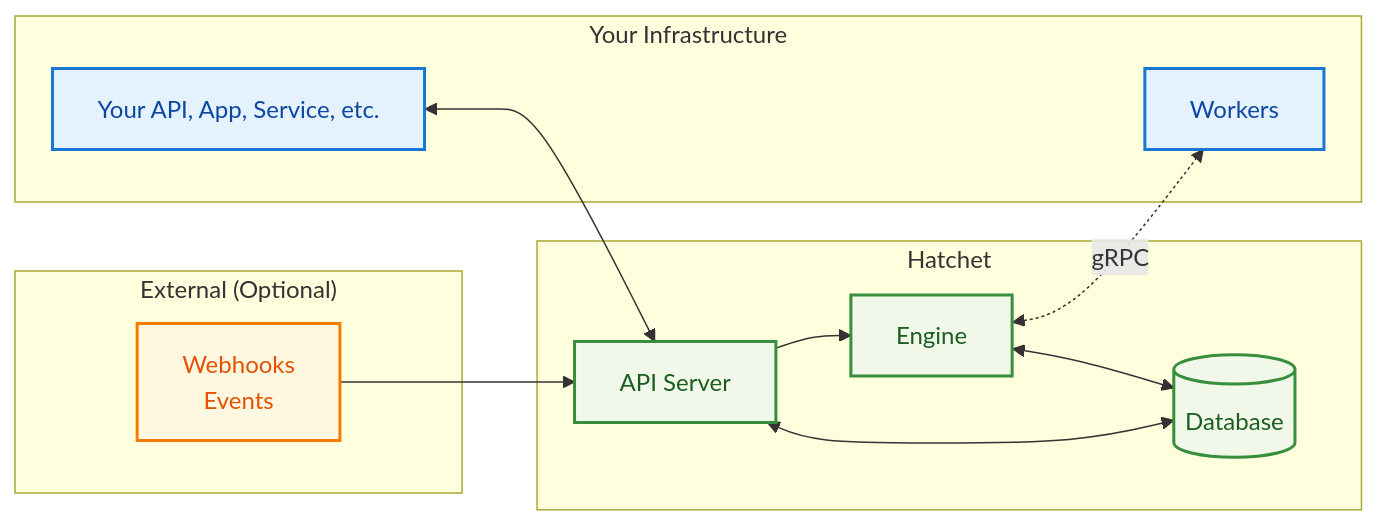
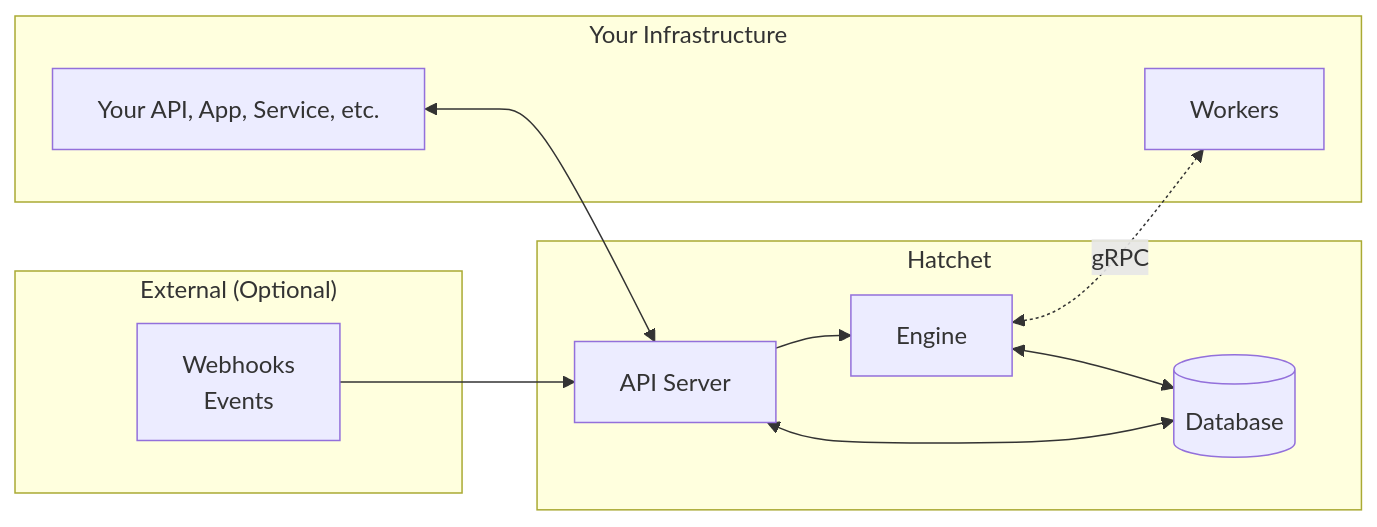
One commit to hatchet-dev/hatchet changed the diagram in frontend/docs/content/docs/v1/architecture-and-guarantees.mdx. Above: the diagram before and after it, drawn with Mermaid. The commit also changed 5 other files, not shown here.

First line of the commit message:
Restyle mermaid diagrams with brand tokens and Flow frame chrome.

````diff
--- a/frontend/docs/content/docs/v1/architecture-and-guarantees.mdx
+++ b/frontend/docs/content/docs/v1/architecture-and-guarantees.mdx
@@ -23,32 +23,24 @@
 ```mermaid
 graph LR
     subgraph "External (Optional)"
         EXT[Webhooks<br/>Events]
     end
 
     subgraph "Your Infrastructure"
         APP[Your API, App, Service, etc.]
         W[Workers]
     end
 
     subgraph "Hatchet"
         API[API Server]
         ENG[Engine]
         DB[(Database)]
     end
 
     EXT --> API
     APP <--> API
     API --> ENG
     ENG <--> DB
     API <--> DB
     ENG <-.->|gRPC| W
-
-    classDef userInfra fill:#e3f2fd,stroke:#1976d2,stroke-width:2px,color:#0d47a1
-    classDef hatchet fill:#f1f8e9,stroke:#388e3c,stroke-width:2px,color:#1b5e20
-    classDef external fill:#fff8e1,stroke:#f57c00,stroke-width:2px,color:#e65100
-
-    class APP,W userInfra
-    class API,ENG,DB hatchet
-    class EXT external
 ```
````
